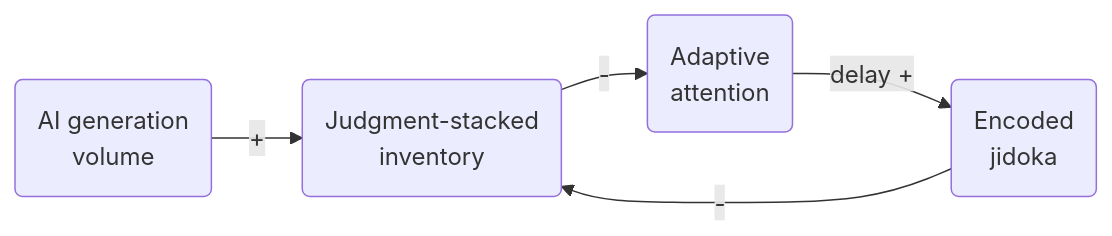
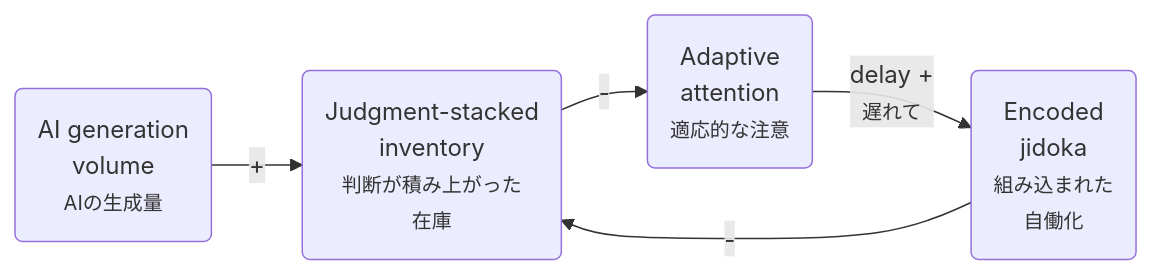
One commit to terryyin/terry-talks changed the third of 3 diagrams in slides/tps-and-ai/slides.md. Above: the diagram before and after it, drawn with Mermaid. The commit also changed other lines of this file and 3 other files, not shown here.

````diff
--- a/slides/tps-and-ai/slides.md
+++ b/slides/tps-and-ai/slides.md
@@ -930,13 +1012,13 @@
 ```mermaid {scale: 1.0}
 flowchart LR
-  AI(AI generation<br>volume)
-  INV(Judgment-stacked<br>inventory)
-  AA(Adaptive<br>attention)
-  EJ(Encoded<br>jidoka)
+  AI(AI generation<br>volume<br><small>AIの生成量</small>)
+  INV(Judgment-stacked<br>inventory<br><small>判断が積み上がった<br>在庫</small>)
+  AA(Adaptive<br>attention<br><small>適応的な注意</small>)
+  EJ(Encoded<br>jidoka<br><small>組み込まれた<br>自働化</small>)
 
   AI -->|"+"| INV
   INV -->|"-"| AA
-  AA -->|"delay +"| EJ
+  AA -->|"delay +<br><small>遅れて</small>"| EJ
   EJ -->|"-"| INV
   class AI accent
 ```
````
